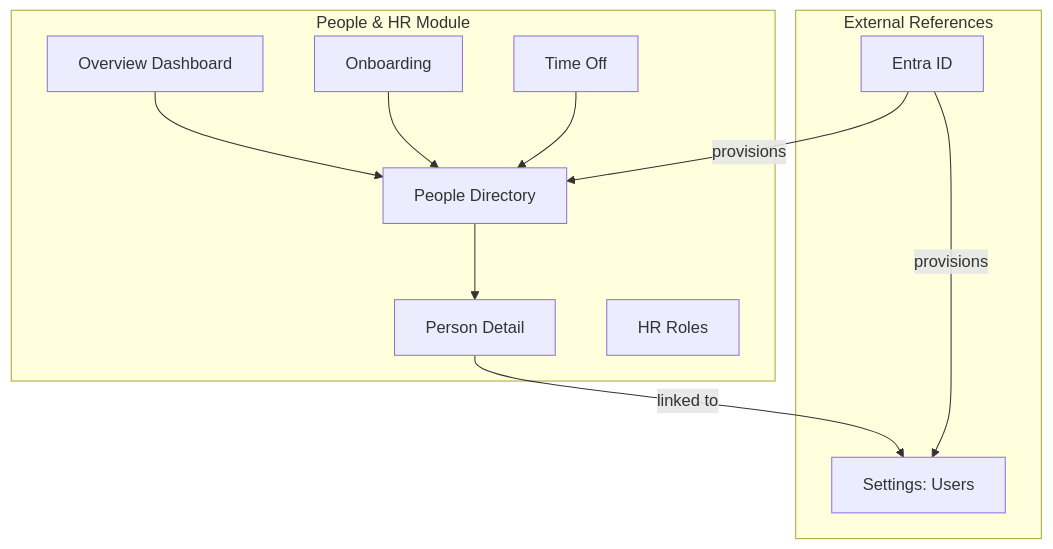
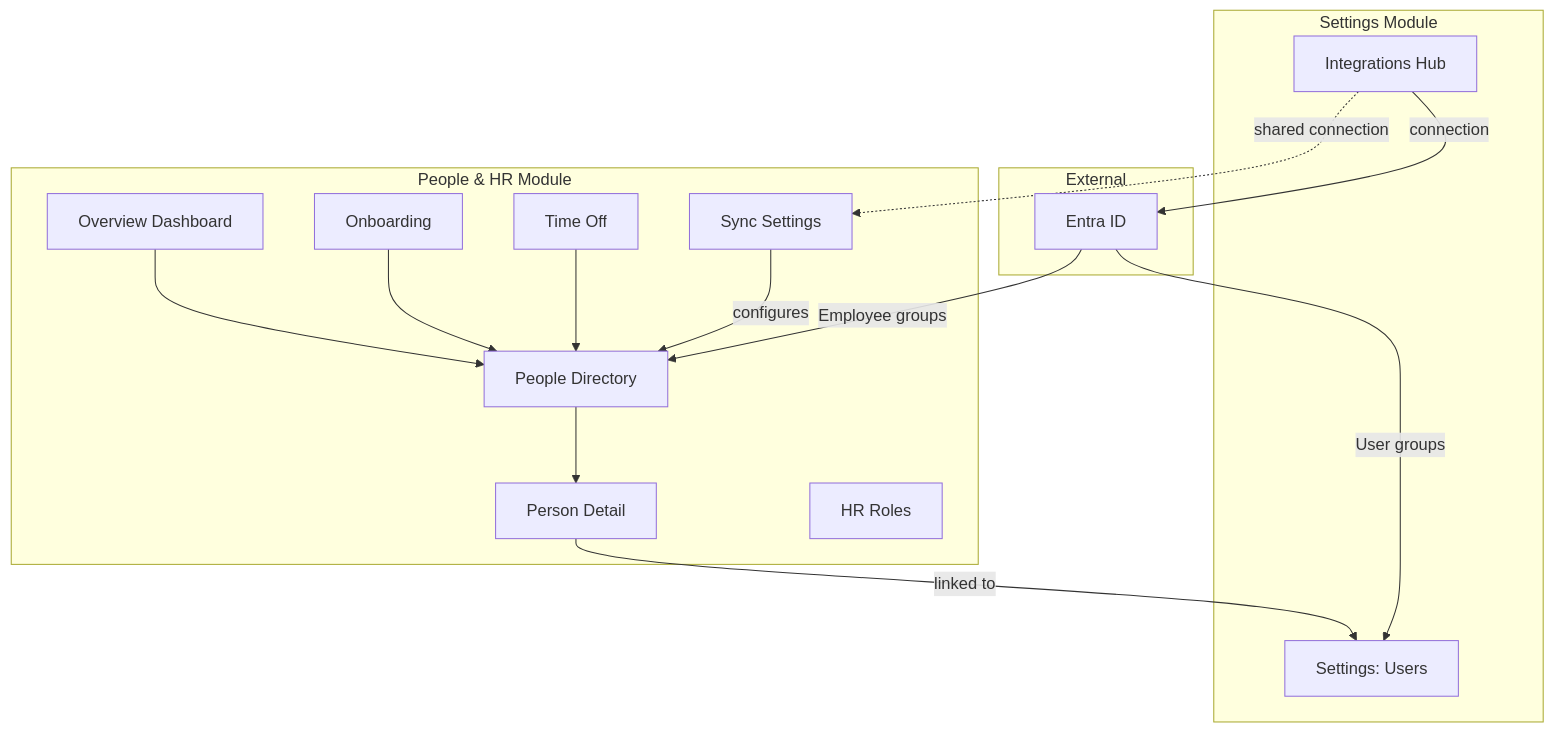
One commit to stellarsoft-tech/IdaraOS changed the first of 17 diagrams in docs/modules/people/architecture.md. Above: the diagram before and after it, drawn with Mermaid. The commit also changed other lines of this file and 42 other files, not shown here.

First line of the commit message:
feat: implement People settings and sync functionality for Entra integration

````diff
--- a/docs/modules/people/architecture.md
+++ b/docs/modules/people/architecture.md
@@ -9,25 +9,33 @@
 ```mermaid
 graph TB
     subgraph "People & HR Module"
         OVERVIEW[Overview Dashboard]
         DIR[People Directory]
         DETAIL[Person Detail]
         ONBOARD[Onboarding]
         TIMEOFF[Time Off]
         ROLES[HR Roles]
+        SYNC[Sync Settings]
     end
     
     OVERVIEW --> DIR
     DIR --> DETAIL
     DETAIL --> |linked to| USERS[Settings: Users]
     ONBOARD --> DIR
     TIMEOFF --> DIR
+    SYNC --> |configures| DIR
     
-    subgraph "External References"
+    subgraph "Settings Module"
         USERS
+        INT[Integrations Hub]
+    end
+    
+    subgraph "External"
         ENTRA[Entra ID]
     end
     
-    ENTRA --> |provisions| DIR
-    ENTRA --> |provisions| USERS
+    INT --> |connection| ENTRA
+    INT -.-> |shared connection| SYNC
+    ENTRA --> |User groups| USERS
+    ENTRA --> |Employee groups| DIR
 ```
````
